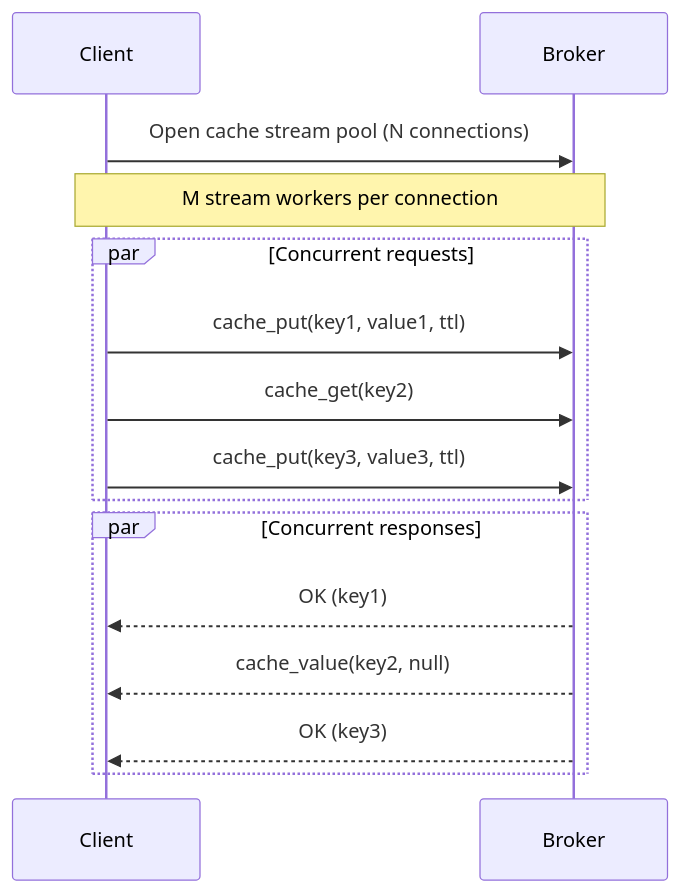
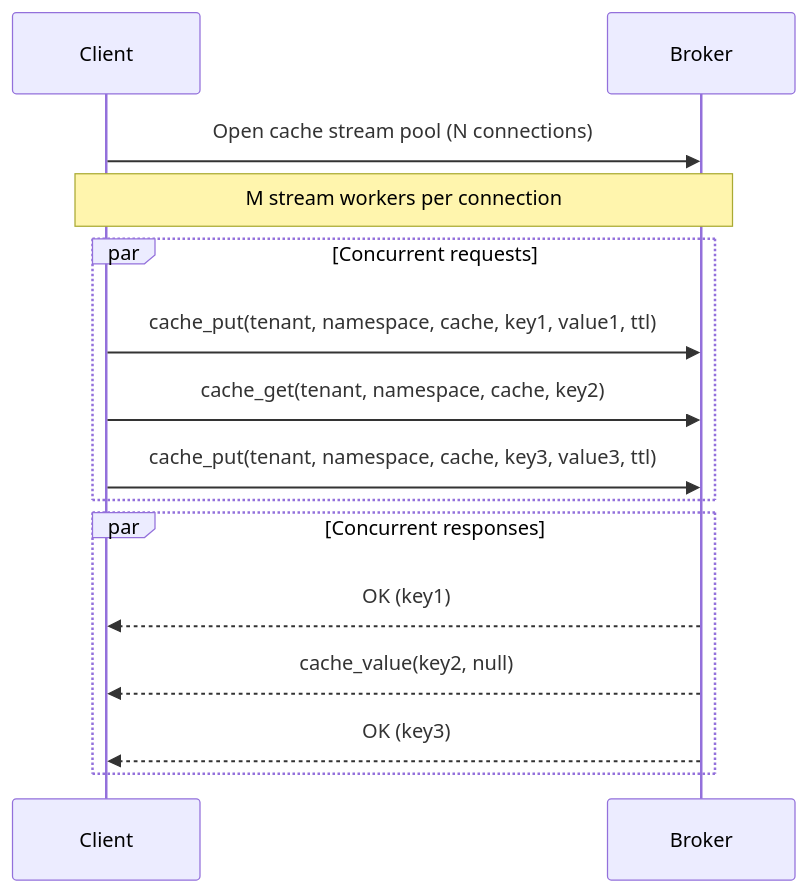
The fourth of 6 diagrams in docs-site/docs/architecture/system-design.md (gabloe/felix), drawn with Mermaid before and after one commit. The commit also changed other lines of this file and 24 other files, not shown here.

````diff
--- a/docs-site/docs/architecture/system-design.md
+++ b/docs-site/docs/architecture/system-design.md
@@ -202,20 +202,20 @@
 ```mermaid
 sequenceDiagram
     participant C as Client
     participant B as Broker
     
     C->>B: Open cache stream pool (N connections)
     Note over C,B: M stream workers per connection
     
     par Concurrent requests
-        C->>B: cache_put(key1, value1, ttl)
-        C->>B: cache_get(key2)
-        C->>B: cache_put(key3, value3, ttl)
+        C->>B: cache_put(tenant, namespace, cache, key1, value1, ttl)
+        C->>B: cache_get(tenant, namespace, cache, key2)
+        C->>B: cache_put(tenant, namespace, cache, key3, value3, ttl)
     end
     
     par Concurrent responses
         B-->>C: OK (key1)
         B-->>C: cache_value(key2, null)
         B-->>C: OK (key3)
     end
 ```
````
